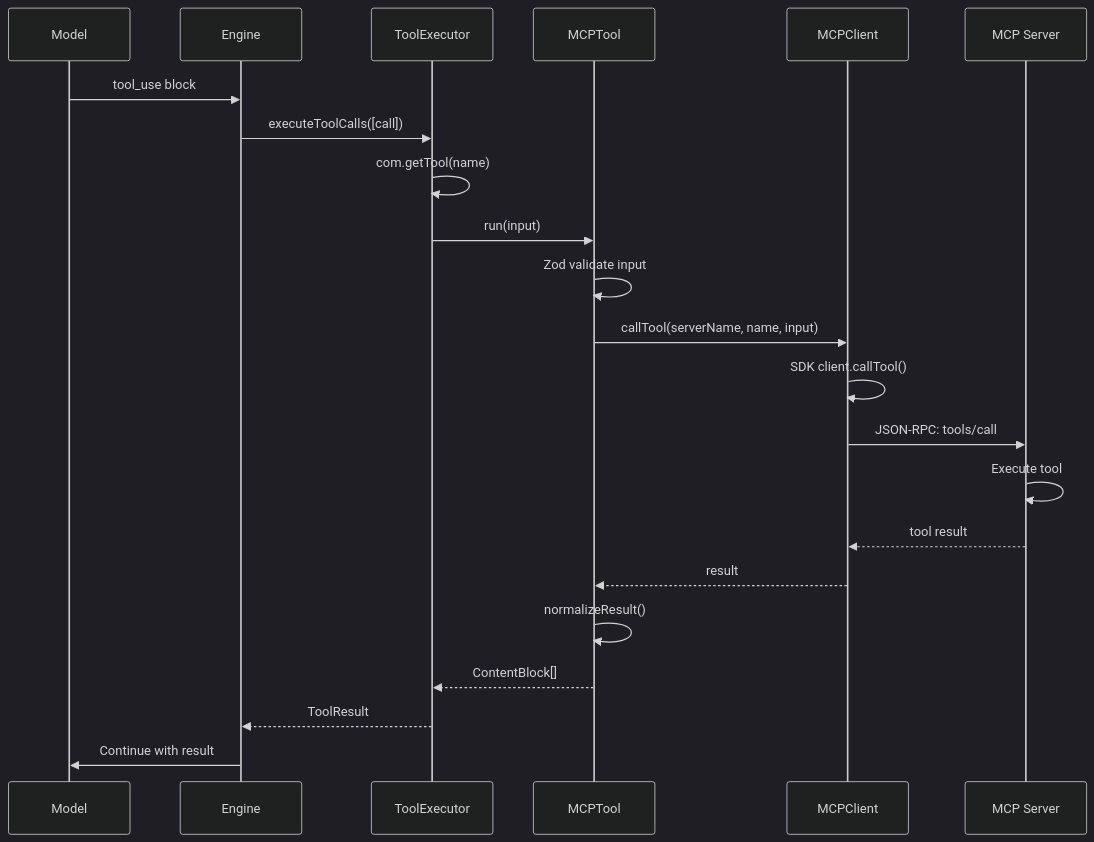
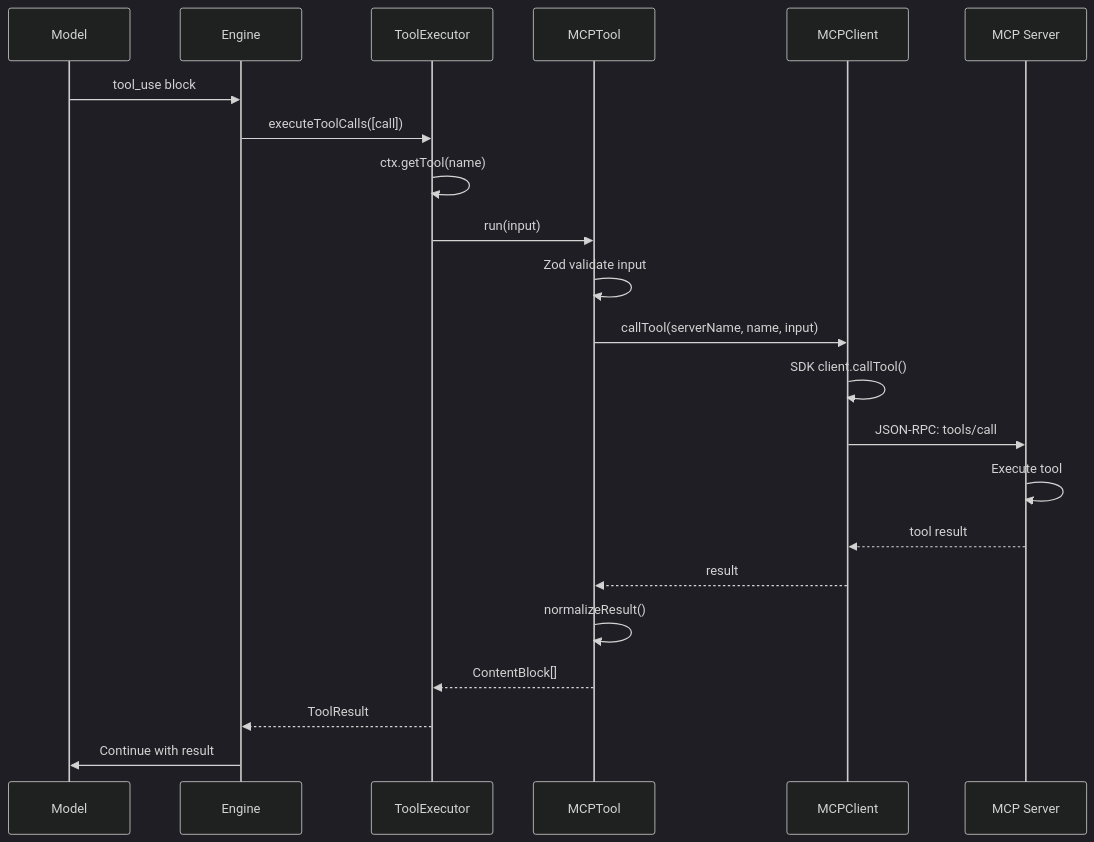
Before and after one commit to agenticklabs/agentick: the second of 2 diagrams in packages/core/src/mcp/ARCHITECTURE.md, drawn with Mermaid (dark theme). The commit also changed other lines of this file and 109 other files, not shown here.

First line of the commit message:
refactor: resolve foundational "warts"   — Rename `com` parameter to `ctx` across ~50 files.   The COM type name stays; only the parameter/variable name changes.   Every lifecycle hook, tool handler, and internal function now uses `ctx`

````diff
--- a/packages/core/src/mcp/ARCHITECTURE.md
+++ b/packages/core/src/mcp/ARCHITECTURE.md
@@ -664,28 +664,28 @@
 ```mermaid
 sequenceDiagram
     participant Model
     participant Engine
     participant TE as ToolExecutor
     participant Tool as MCPTool
     participant Client as MCPClient
     participant Server as MCP Server
 
     Model->>Engine: tool_use block
     Engine->>TE: executeToolCalls([call])
-    TE->>TE: com.getTool(name)
+    TE->>TE: ctx.getTool(name)
     TE->>Tool: run(input)
 
     Tool->>Tool: Zod validate input
     Tool->>Client: callTool(serverName, name, input)
     Client->>Client: SDK client.callTool()
     Client->>Server: JSON-RPC: tools/call
 
     Server->>Server: Execute tool
     Server-->>Client: tool result
     Client-->>Tool: result
 
     Tool->>Tool: normalizeResult()
     Tool-->>TE: ContentBlock[]
     TE-->>Engine: ToolResult
     Engine->>Model: Continue with result
 ```
````
